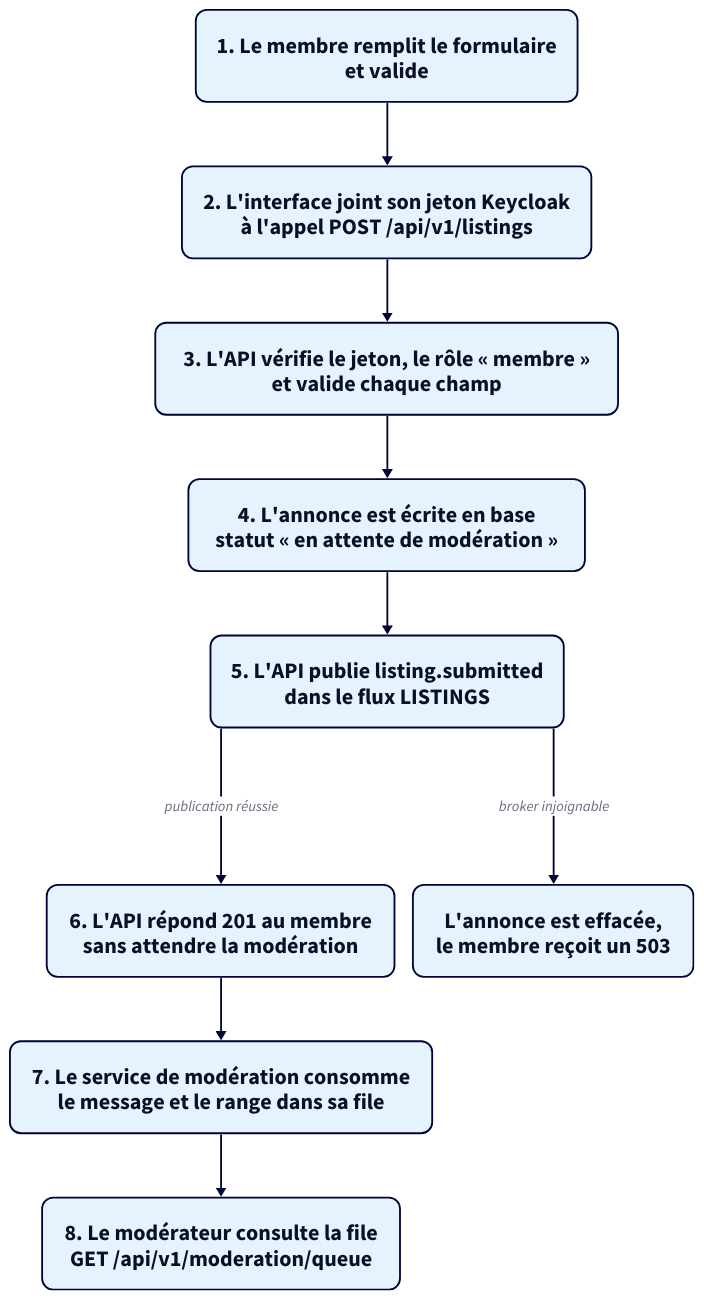
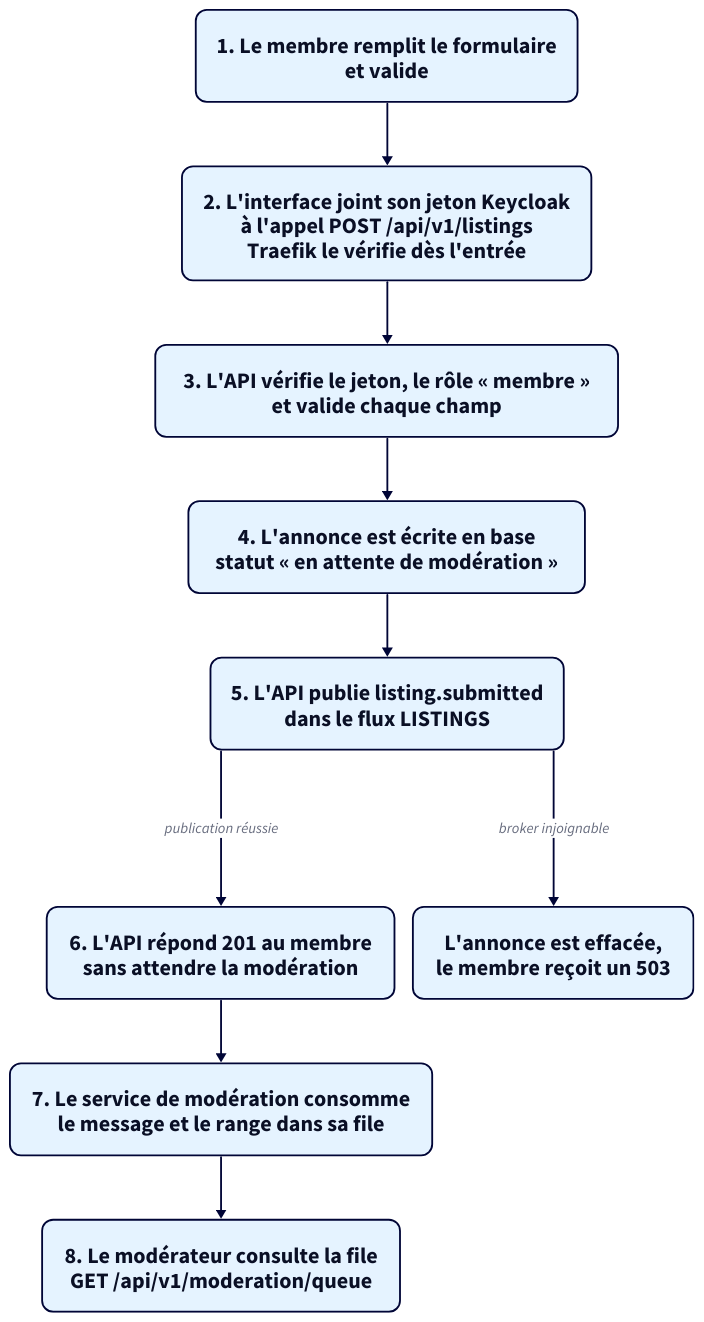
Before and after one commit to kitaah/pme: the second of 2 diagrams in docs/architecture.md, drawn with D2. The commit also changed other lines of this file and 17 other files, not shown here.

````diff
--- a/docs/architecture.md
+++ b/docs/architecture.md
@@ -111,34 +111,34 @@
 ```d2
 vars: {
   d2-config: {
     layout-engine: elk
     theme-id: 5
     pad: 8
   }
 }
 direction: down
 
 classes: {
   boite: {
     style: {
       font-size: 24
       border-radius: 12
     }
   }
 }
 
 depot: "1. Le membre remplit le formulaire\net valide" {class: boite}
-jeton: "2. L'interface joint son jeton Keycloak\nà l'appel POST /api/v1/listings" {class: boite}
+jeton: "2. L'interface joint son jeton Keycloak\nà l'appel POST /api/v1/listings\nTraefik le vérifie dès l'entrée" {class: boite}
 controle: "3. L'API vérifie le jeton, le rôle « membre »\net valide chaque champ" {class: boite}
 ecriture: "4. L'annonce est écrite en base\nstatut « en attente de modération »" {class: boite}
 publication: "5. L'API publie listing.submitted\ndans le flux LISTINGS" {class: boite}
 reponse: "6. L'API répond 201 au membre\nsans attendre la modération" {class: boite}
 consommation: "7. Le service de modération consomme\nle message et le range dans sa file" {class: boite}
 file: "8. Le modérateur consulte la file\nGET /api/v1/moderation/queue" {class: boite}
 compensation: "L'annonce est effacée,\nle membre reçoit un 503" {class: boite}
 
 depot -> jeton -> controle -> ecriture -> publication
 publication -> reponse: publication réussie
 publication -> compensation: broker injoignable
 reponse -> consommation -> file
 ```
````
